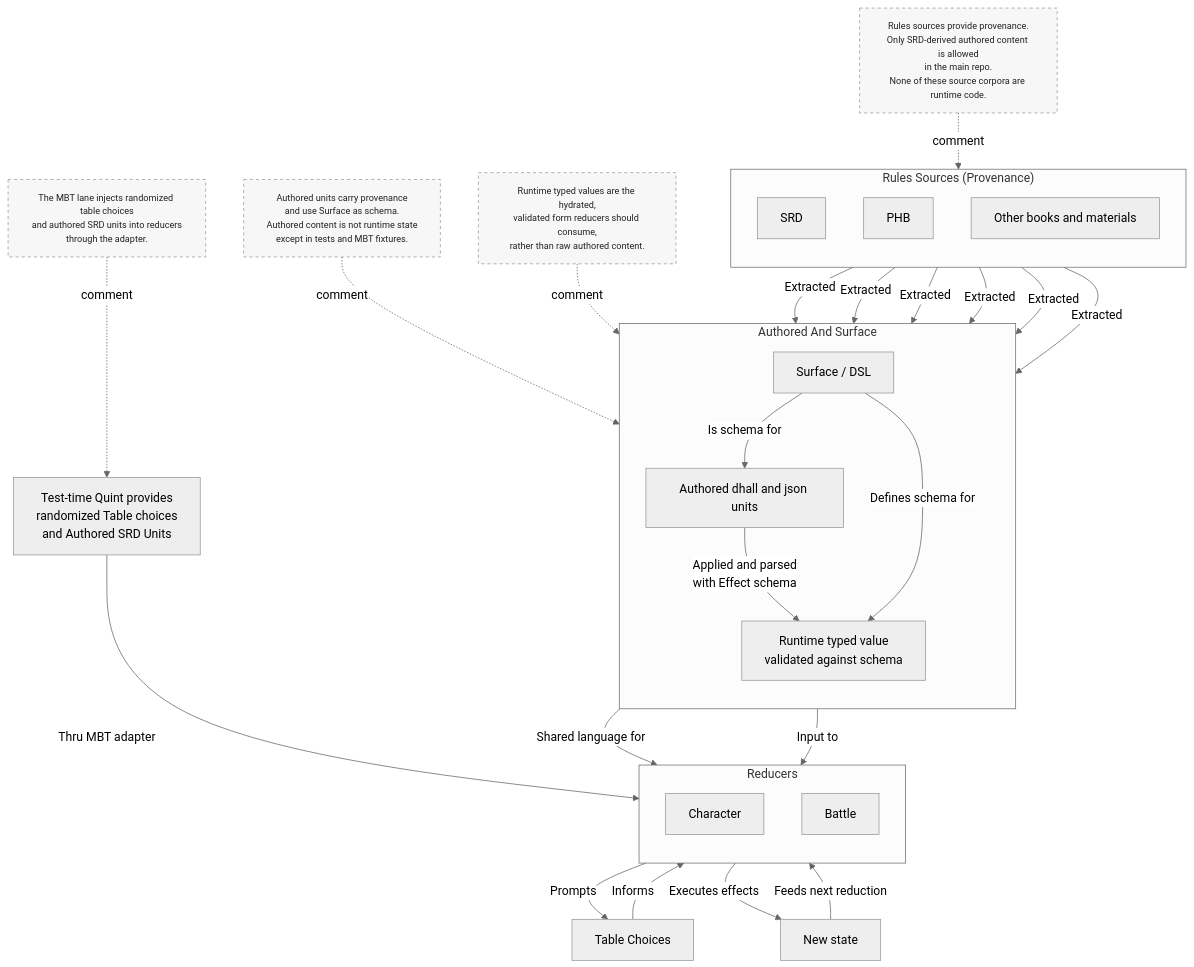
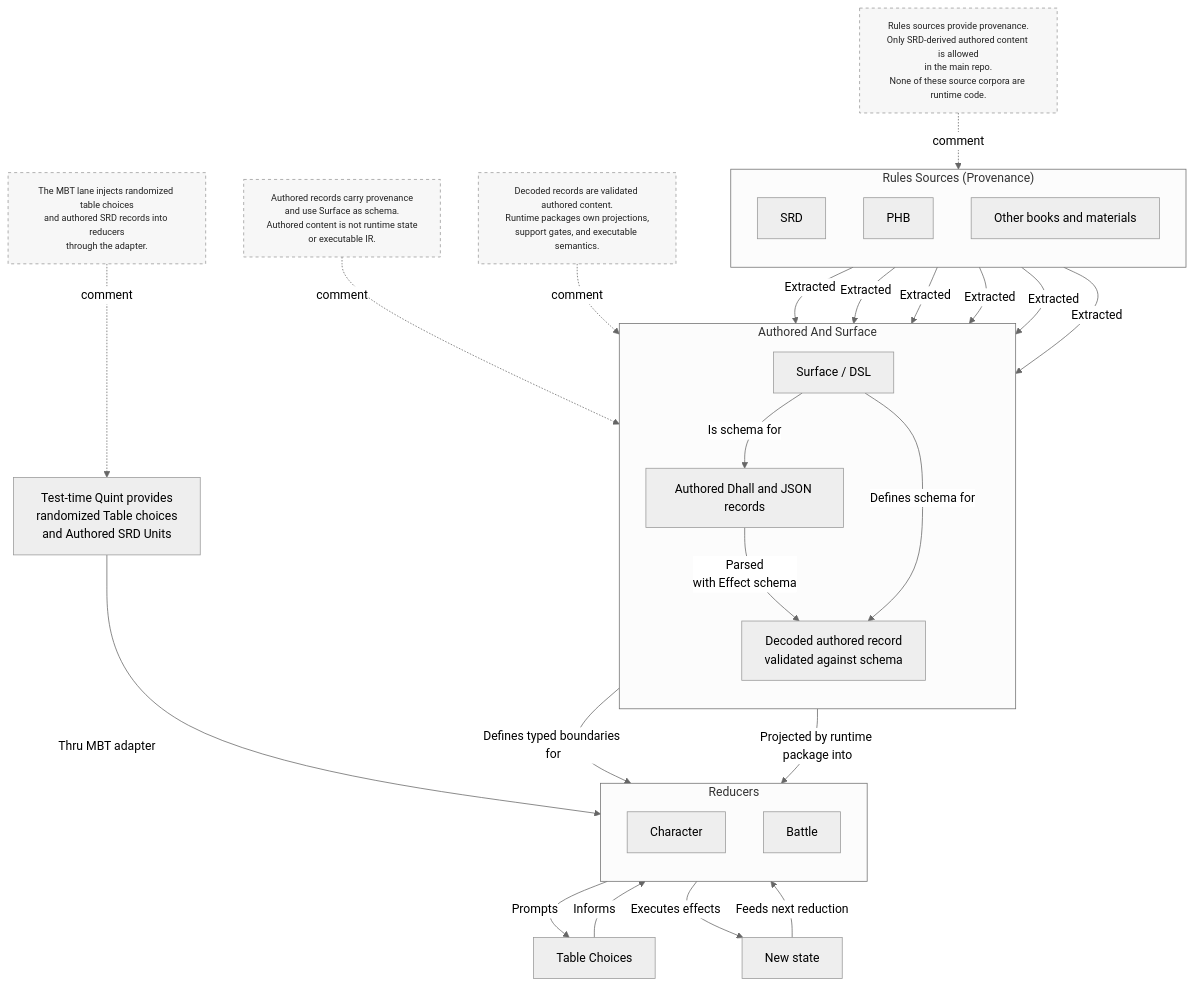
One commit to dearlordylord/5e-quint changed the third of 3 diagrams in packages/surface/SURFACE_TO_BATTLE_MANUAL_DIAGRAM.md. Above: the diagram before and after it, drawn with Mermaid (neutral theme). The commit also changed other lines of this file and 46 other files, not shown here.

````diff
--- a/packages/surface/SURFACE_TO_BATTLE_MANUAL_DIAGRAM.md
+++ b/packages/surface/SURFACE_TO_BATTLE_MANUAL_DIAGRAM.md
@@ -98,59 +98,59 @@
 ```mermaid
 flowchart TD
   classDef note fill:#f7f7f7,stroke:#999,stroke-dasharray: 4 4,color:#222,font-size:12px;
 
   subgraph MERGED_SOURCES["Rules Sources (Provenance)"]
     direction TB
     MERGED_SRD["SRD"]
     MERGED_PHB["PHB"]
     MERGED_OTHER["Other books and materials"]
   end
 
   subgraph MERGED_CONTENT["Authored And Surface"]
     direction TB
-    MERGED_AUTHORED["Authored dhall and json units"]
+    MERGED_AUTHORED["Authored Dhall and JSON records"]
     MERGED_SURFACE["Surface / DSL"]
-    MERGED_RUNTIME["Runtime typed value<br/>validated against schema"]
+    MERGED_RUNTIME["Decoded authored record<br/>validated against schema"]
   end
 
   subgraph MERGED_REDUCERS["Reducers"]
     direction TB
     MERGED_CHARACTER["Character"]
     MERGED_BATTLE["Battle"]
   end
 
   MERGED_TABLE["Table Choices"]
   MERGED_STATE["New state"]
   MERGED_TEST["Test-time Quint provides<br/>randomized Table choices<br/>and Authored SRD Units"]
 
   MERGED_SRD -->|Extracted| MERGED_AUTHORED
   MERGED_SRD -->|Extracted| MERGED_SURFACE
   MERGED_PHB -->|Extracted| MERGED_AUTHORED
   MERGED_PHB -->|Extracted| MERGED_SURFACE
   MERGED_OTHER -->|Extracted| MERGED_AUTHORED
   MERGED_OTHER -->|Extracted| MERGED_SURFACE
 
   MERGED_SURFACE -->|Is schema for| MERGED_AUTHORED
-  MERGED_AUTHORED -->|Applied and parsed<br/>with Effect schema| MERGED_RUNTIME
+  MERGED_AUTHORED -->|Parsed<br/>with Effect schema| MERGED_RUNTIME
   MERGED_SURFACE -->|Defines schema for| MERGED_RUNTIME
-  MERGED_SURFACE -->|Shared language for| MERGED_REDUCERS
-  MERGED_RUNTIME -->|Input to| MERGED_REDUCERS
+  MERGED_SURFACE -->|Defines typed boundaries for| MERGED_REDUCERS
+  MERGED_RUNTIME -->|Projected by runtime package into| MERGED_REDUCERS
 
   MERGED_TEST -->|Thru MBT adapter| MERGED_REDUCERS
   MERGED_REDUCERS -->|Prompts| MERGED_TABLE
   MERGED_TABLE -->|Informs| MERGED_REDUCERS
   MERGED_REDUCERS -->|Executes effects| MERGED_STATE
   MERGED_STATE -->|Feeds next reduction| MERGED_REDUCERS
 
   MERGED_SOURCES_NOTE["Rules sources provide provenance.<br/>Only SRD-derived authored content is allowed<br/>in the main repo.<br/>None of these source corpora are runtime code."]
-  MERGED_AUTHORED_NOTE["Authored units carry provenance<br/>and use Surface as schema.<br/>Authored content is not runtime state<br/>except in tests and MBT fixtures."]
-  MERGED_RUNTIME_NOTE["Runtime typed values are the hydrated,<br/>validated form reducers should consume,<br/>rather than raw authored content."]
-  MERGED_TEST_NOTE["The MBT lane injects randomized table choices<br/>and authored SRD units into reducers<br/>through the adapter."]
+  MERGED_AUTHORED_NOTE["Authored records carry provenance<br/>and use Surface as schema.<br/>Authored content is not runtime state<br/>or executable IR."]
+  MERGED_RUNTIME_NOTE["Decoded records are validated authored content.<br/>Runtime packages own projections,<br/>support gates, and executable semantics."]
+  MERGED_TEST_NOTE["The MBT lane injects randomized table choices<br/>and authored SRD records into reducers<br/>through the adapter."]
 
   MERGED_SOURCES_NOTE -. comment .-> MERGED_SOURCES
   MERGED_AUTHORED_NOTE -. comment .-> MERGED_AUTHORED
   MERGED_RUNTIME_NOTE -. comment .-> MERGED_RUNTIME
   MERGED_TEST_NOTE -. comment .-> MERGED_TEST
 
   class MERGED_SOURCES_NOTE,MERGED_AUTHORED_NOTE,MERGED_RUNTIME_NOTE,MERGED_TEST_NOTE note
 ```
````
